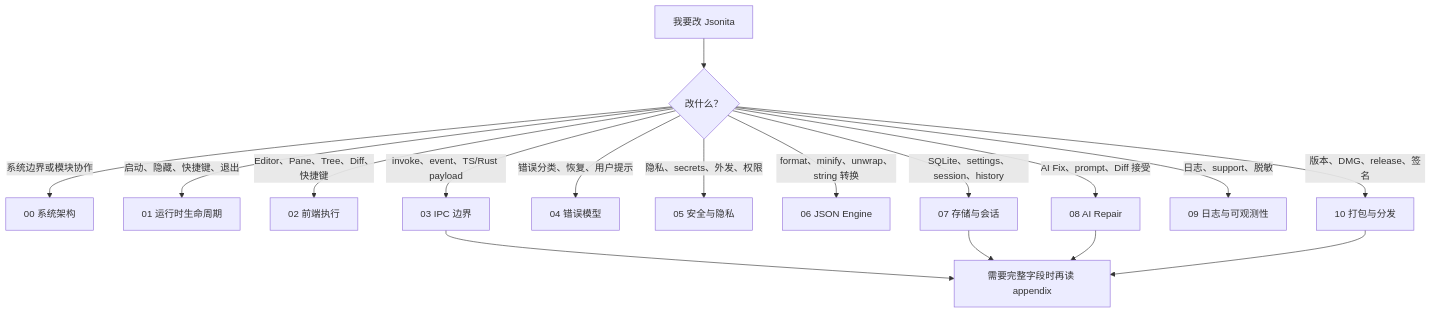
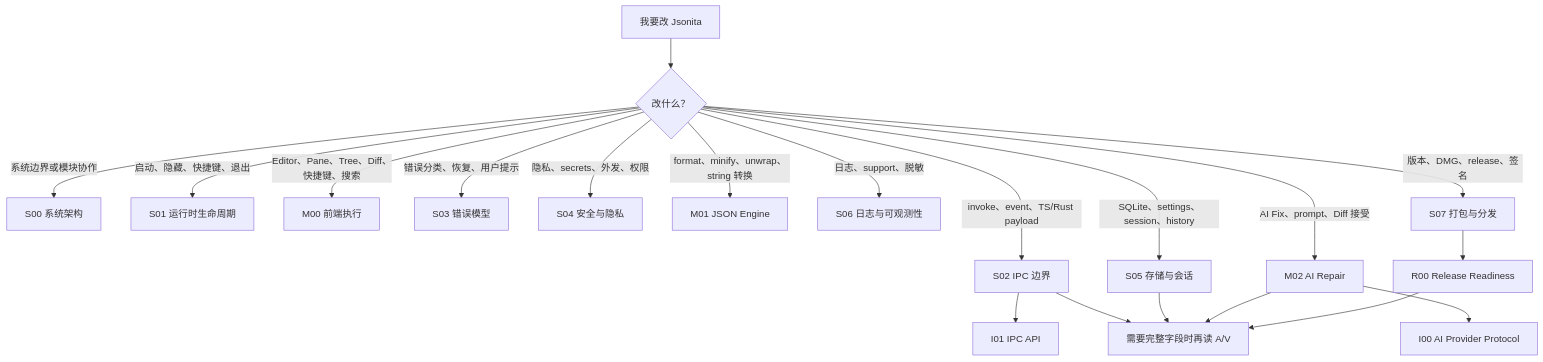
Before and after one commit to jinhuang712/jsonita: the diagram in spec/README.md, drawn with Mermaid. The commit also changed other lines of this file and 38 other files, not shown here.

````diff
--- a/spec/README.md
+++ b/spec/README.md
@@ -9,19 +9,22 @@
 ```mermaid
 flowchart TD
   Start["我要改 Jsonita"] --> Kind{"改什么？"}
-  Kind -->|"系统边界或模块协作"| S00["00 系统架构"]
-  Kind -->|"启动、隐藏、快捷键、退出"| S01["01 运行时生命周期"]
-  Kind -->|"Editor、Pane、Tree、Diff、快捷键"| S02["02 前端执行"]
-  Kind -->|"invoke、event、TS/Rust payload"| S03["03 IPC 边界"]
-  Kind -->|"错误分类、恢复、用户提示"| S04["04 错误模型"]
-  Kind -->|"隐私、secrets、外发、权限"| S05["05 安全与隐私"]
-  Kind -->|"format、minify、unwrap、string 转换"| S06["06 JSON Engine"]
-  Kind -->|"SQLite、settings、session、history"| S07["07 存储与会话"]
-  Kind -->|"AI Fix、prompt、Diff 接受"| S08["08 AI Repair"]
-  Kind -->|"日志、support、脱敏"| S09["09 日志与可观测性"]
-  Kind -->|"版本、DMG、release、签名"| S10["10 打包与分发"]
-  S03 --> Appendix["需要完整字段时再读 appendix"]
-  S07 --> Appendix
-  S08 --> Appendix
-  S10 --> Appendix
+  Kind -->|"系统边界或模块协作"| S00["S00 系统架构"]
+  Kind -->|"启动、隐藏、快捷键、退出"| S01["S01 运行时生命周期"]
+  Kind -->|"Editor、Pane、Tree、Diff、快捷键、搜索"| M00["M00 前端执行"]
+  Kind -->|"invoke、event、TS/Rust payload"| S02["S02 IPC 边界"]
+  Kind -->|"错误分类、恢复、用户提示"| S03["S03 错误模型"]
+  Kind -->|"隐私、secrets、外发、权限"| S04["S04 安全与隐私"]
+  Kind -->|"format、minify、unwrap、string 转换"| M01["M01 JSON Engine"]
+  Kind -->|"SQLite、settings、session、history"| S05["S05 存储与会话"]
+  Kind -->|"AI Fix、prompt、Diff 接受"| M02["M02 AI Repair"]
+  Kind -->|"日志、support、脱敏"| S06["S06 日志与可观测性"]
+  Kind -->|"版本、DMG、release、签名"| S07["S07 打包与分发"]
+  S02 --> I01["I01 IPC API"]
+  M02 --> I00["I00 AI Provider Protocol"]
+  S07 --> R00["R00 Release Readiness"]
+  S02 --> Appendix["需要完整字段时再读 A/V"]
+  S05 --> Appendix
+  M02 --> Appendix
+  R00 --> Appendix
 ```
````
